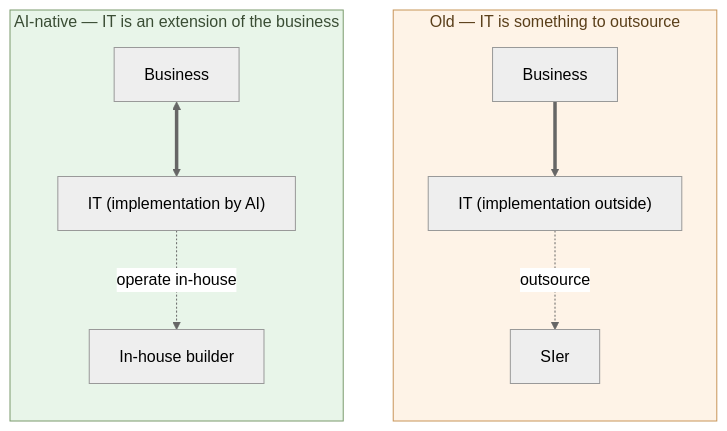
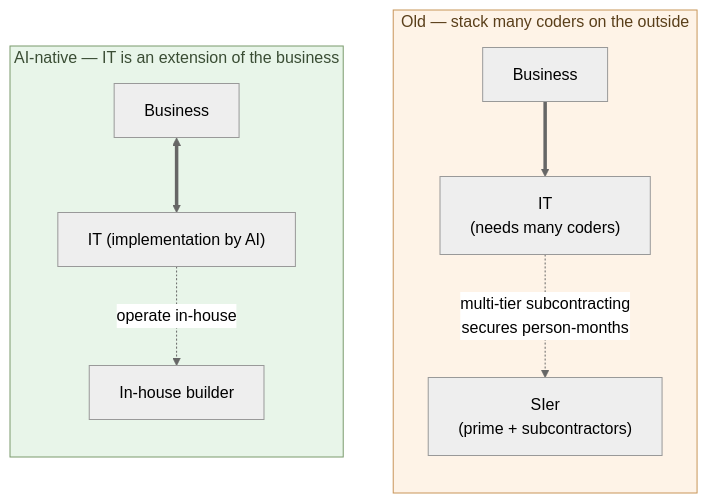
The diagram in articles/ai-native-ways/software/09-hiring-builders/en.md (aiseed-dev/website), drawn with Mermaid (neutral theme) before and after one commit. The commit also changed other lines of this file and 2 other files, not shown here.

````diff
--- a/articles/ai-native-ways/software/09-hiring-builders/en.md
+++ b/articles/ai-native-ways/software/09-hiring-builders/en.md
@@ -63,23 +71,23 @@
 ```mermaid
 flowchart TB
-  subgraph Old["Old — IT is something to outsource"]
+  subgraph Old["Old — stack many coders on the outside"]
     direction TB
     OB["Business"]
-    OIT["IT (implementation outside)"]
+    OIT["IT<br/>(needs many coders)"]
     OB ==> OIT
-    OIT -.->|outsource| OSier["SIer"]
+    OIT -.->|multi-tier subcontracting<br/>secures person-months| OSier["SIer<br/>(prime + subcontractors)"]
   end
 
   subgraph New["AI-native — IT is an extension of the business"]
     direction TB
     NB["Business"]
     NIT["IT (implementation by AI)"]
     NB <==> NIT
     NIT -.->|operate in-house| NBuilder["In-house builder"]
   end
 
   classDef good fill:#e8f5e9,stroke:#7a9a6d,color:#3a4d34
   classDef bad fill:#fef3e7,stroke:#c89559,color:#5a3f1a
   class New good
   class Old bad
 ```
````
